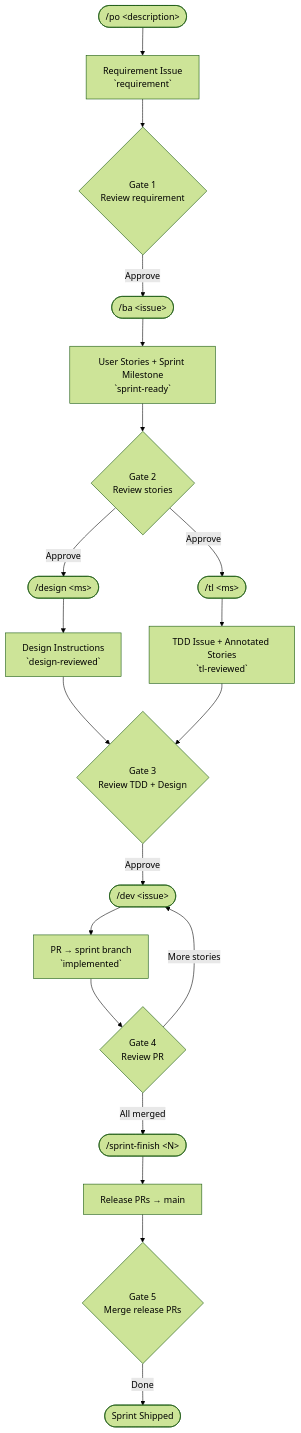
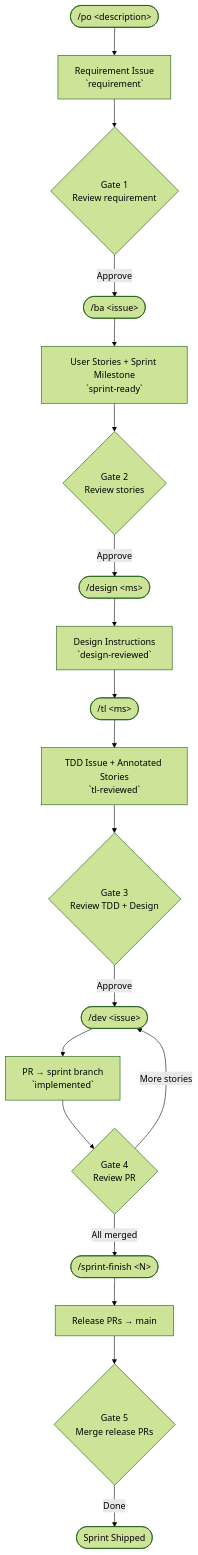
One commit to simpscal/notism changed the first of 4 diagrams in README.md. Above: the diagram before and after it, drawn with Mermaid (forest theme). The commit also changed other lines of this file and 3 other files, not shown here.

````diff
--- a/README.md
+++ b/README.md
@@ -9,22 +9,21 @@
 ```mermaid
 flowchart TD
     A(["/po &lt;description&gt;"]) --> B["Requirement Issue<br/>`requirement`"]
     B --> G1{Gate 1<br/>Review requirement}
     G1 -->|Approve| C(["/ba &lt;issue&gt;"])
     C --> D["User Stories + Sprint Milestone<br/>`sprint-ready`"]
     D --> G2{Gate 2<br/>Review stories}
     G2 -->|Approve| E1(["/design &lt;ms&gt;"])
-    G2 -->|Approve| E2(["/tl &lt;ms&gt;"])
     E1 --> F1["Design Instructions<br/>`design-reviewed`"]
+    F1 --> E2(["/tl &lt;ms&gt;"])
     E2 --> F2["TDD Issue + Annotated Stories<br/>`tl-reviewed`"]
-    F1 --> G3{Gate 3<br/>Review TDD + Design}
-    F2 --> G3
+    F2 --> G3{Gate 3<br/>Review TDD + Design}
     G3 -->|Approve| H(["/dev &lt;issue&gt;"])
     H --> I["PR → sprint branch<br/>`implemented`"]
     I --> G4{Gate 4<br/>Review PR}
     G4 -->|More stories| H
     G4 -->|All merged| J(["/sprint-finish &lt;N&gt;"])
     J --> K["Release PRs → main"]
     K --> G5{Gate 5<br/>Merge release PRs}
     G5 -->|Done| L([Sprint Shipped])
 ```
````
